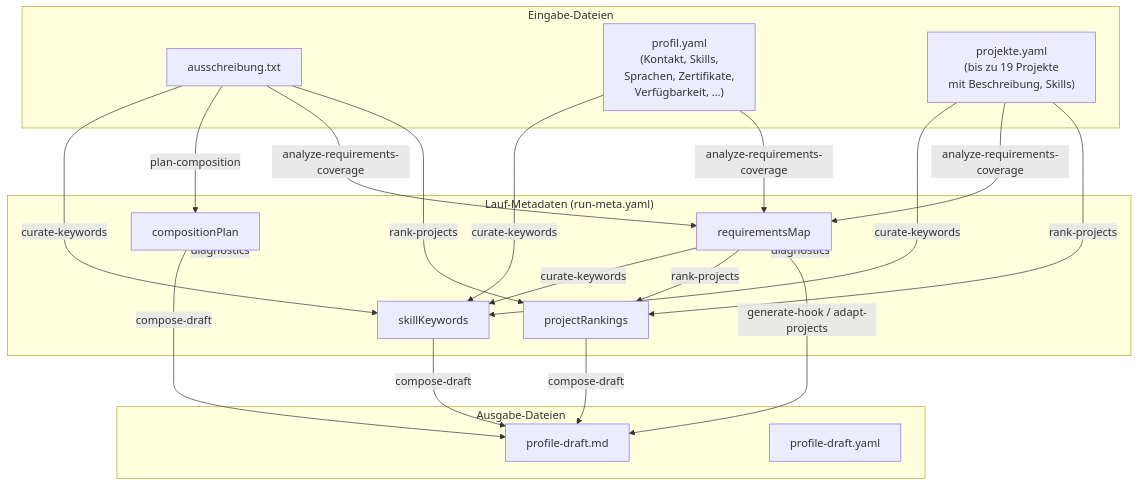
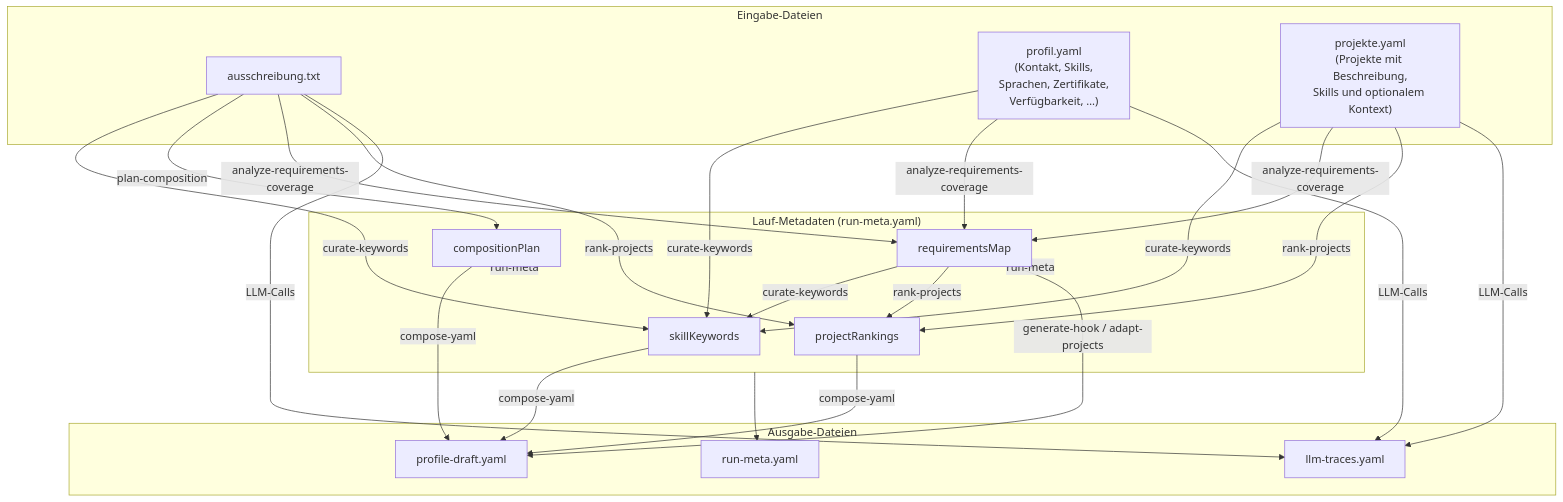
One commit to yoheines/freelancer-profil-tool changed the third of 5 diagrams in docs/architecture.md. Above: the diagram before and after it, drawn with Mermaid. The commit also changed other lines of this file and 44 other files, not shown here.

````diff
--- a/docs/architecture.md
+++ b/docs/architecture.md
@@ -142,35 +148,38 @@
 ```mermaid
 flowchart TB
     subgraph INPUTS["Eingabe-Dateien"]
         POSTING["ausschreibung.txt"]
         PROFILE["profil.yaml<br/>(Kontakt, Skills,<br/>Sprachen, Zertifikate,<br/>Verfügbarkeit, …)"]
-        PROJECTS["projekte.yaml<br/>(bis zu 19 Projekte<br/>mit Beschreibung, Skills)"]
+        PROJECTS["projekte.yaml<br/>(Projekte mit Beschreibung,<br/>Skills und optionalem Kontext)"]
     end
 
     subgraph META["Lauf-Metadaten (run-meta.yaml)"]
         COMP["compositionPlan"]
         REQ["requirementsMap"]
         KW["skillKeywords"]
         RANK["projectRankings"]
     end
 
     subgraph OUTPUTS["Ausgabe-Dateien"]
-        DRAFT["profile-draft.md"]
         YAML["profile-draft.yaml"]
+        METAFILE["run-meta.yaml"]
+        TRACES["llm-traces.yaml"]
     end
 
     REQ -->|"curate-keywords"| KW
     POSTING & PROFILE & PROJECTS -->|"curate-keywords"| KW
     POSTING -->|"plan-composition"| COMP
     POSTING & PROFILE & PROJECTS -->|"analyze-requirements-coverage"| REQ
     POSTING & PROJECTS -->|"rank-projects"| RANK
     REQ -->|"rank-projects"| RANK
 
-    COMP -->|"compose-draft"| DRAFT
-    REQ -->|"generate-hook / adapt-projects"| DRAFT
-    REQ -->|"diagnostics"| META
-    KW -->|"compose-draft"| DRAFT
-    RANK -->|"compose-draft"| DRAFT
+    COMP -->|"compose-yaml"| YAML
+    REQ -->|"generate-hook / adapt-projects"| YAML
+    REQ -->|"run-meta"| META
+    KW -->|"compose-yaml"| YAML
+    RANK -->|"compose-yaml"| YAML
 
-    COMP -->|"diagnostics"| META
+    COMP -->|"run-meta"| META
+    META --> METAFILE
+    POSTING & PROFILE & PROJECTS -->|"LLM-Calls"| TRACES
 ```
````
